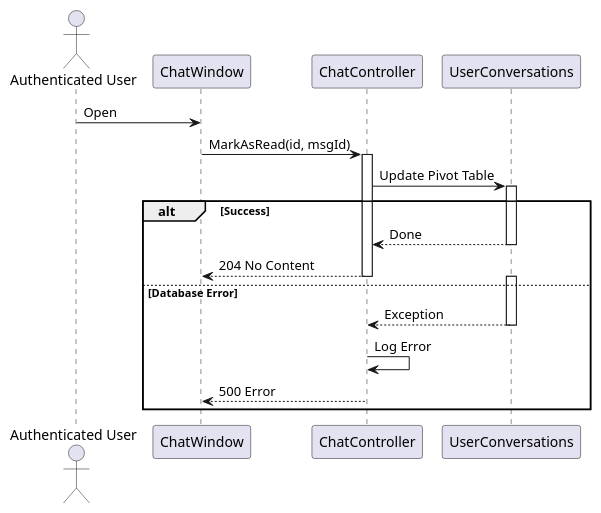
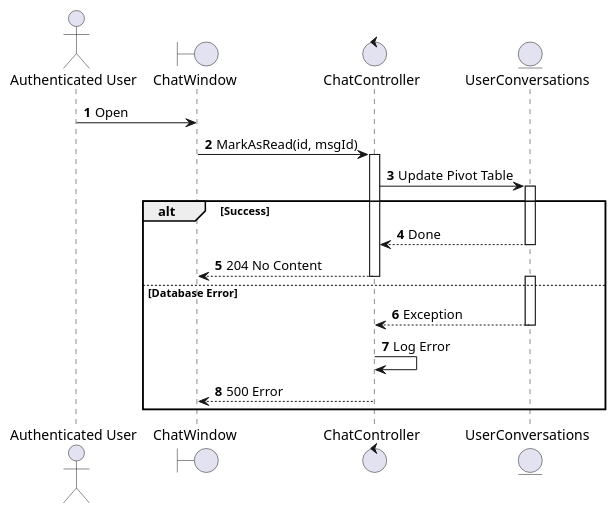
One commit to I-Love-U-3000/Favi-BE changed diagram 14 of 16 in UC_2.1.7_Chat.md. Above: the diagram before and after it, drawn with PlantUML. The commit also changed other lines of this file and 36 other files, not shown here.

````diff
--- a/UC_2.1.7_Chat.md
+++ b/UC_2.1.7_Chat.md
@@ -556,27 +570,28 @@
 ```plantuml
 @startuml
+autonumber
 actor "Authenticated User" as User
-participant "ChatWindow" as View
-participant "ChatController" as Controller
-participant "UserConversations" as DB
+boundary "ChatWindow" as View
+control "ChatController" as Controller
+entity "UserConversations" as DB
 
 User -> View: Open
 View -> Controller: MarkAsRead(id, msgId)
 activate Controller
 Controller -> DB: Update Pivot Table
 activate DB
 alt Success
     DB --> Controller: Done
     deactivate DB
     Controller --> View: 204 No Content
     deactivate Controller
 else Database Error
     activate DB
     DB --> Controller: Exception
     deactivate DB
     Controller -> Controller: Log Error
     Controller --> View: 500 Error
     deactivate Controller
 end
 @enduml
 ```
````
